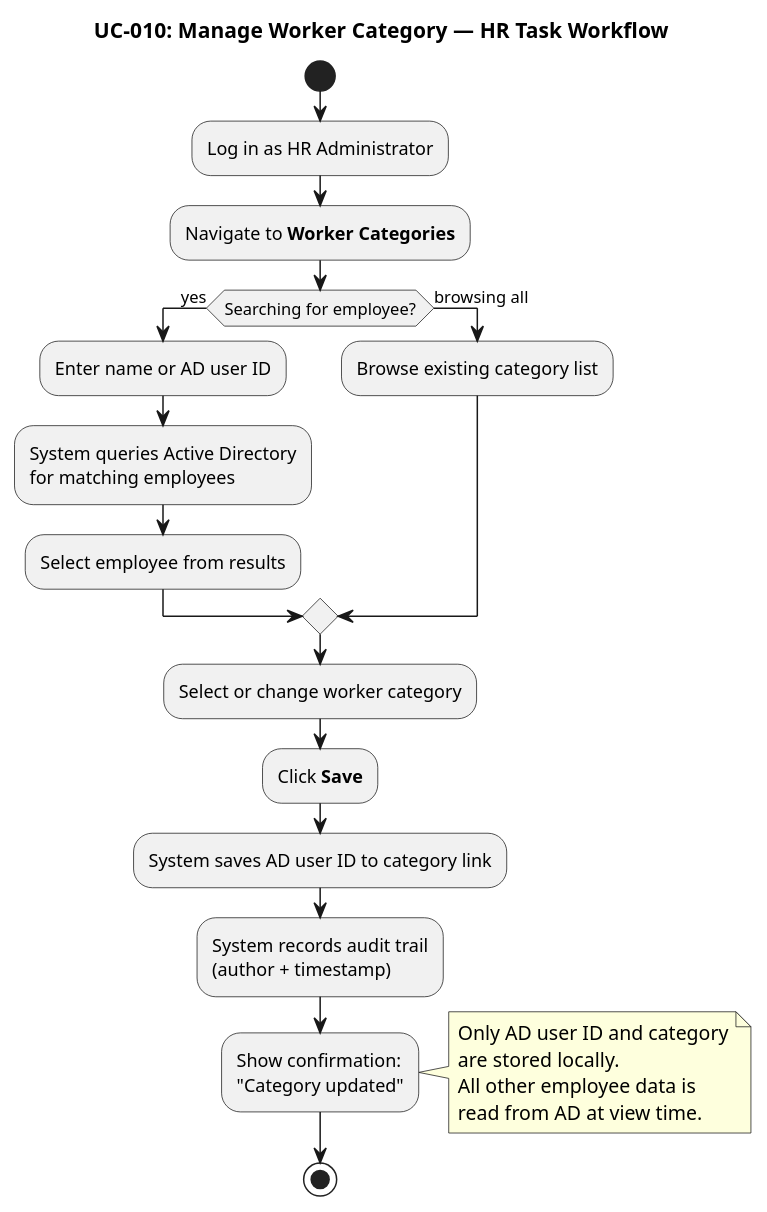
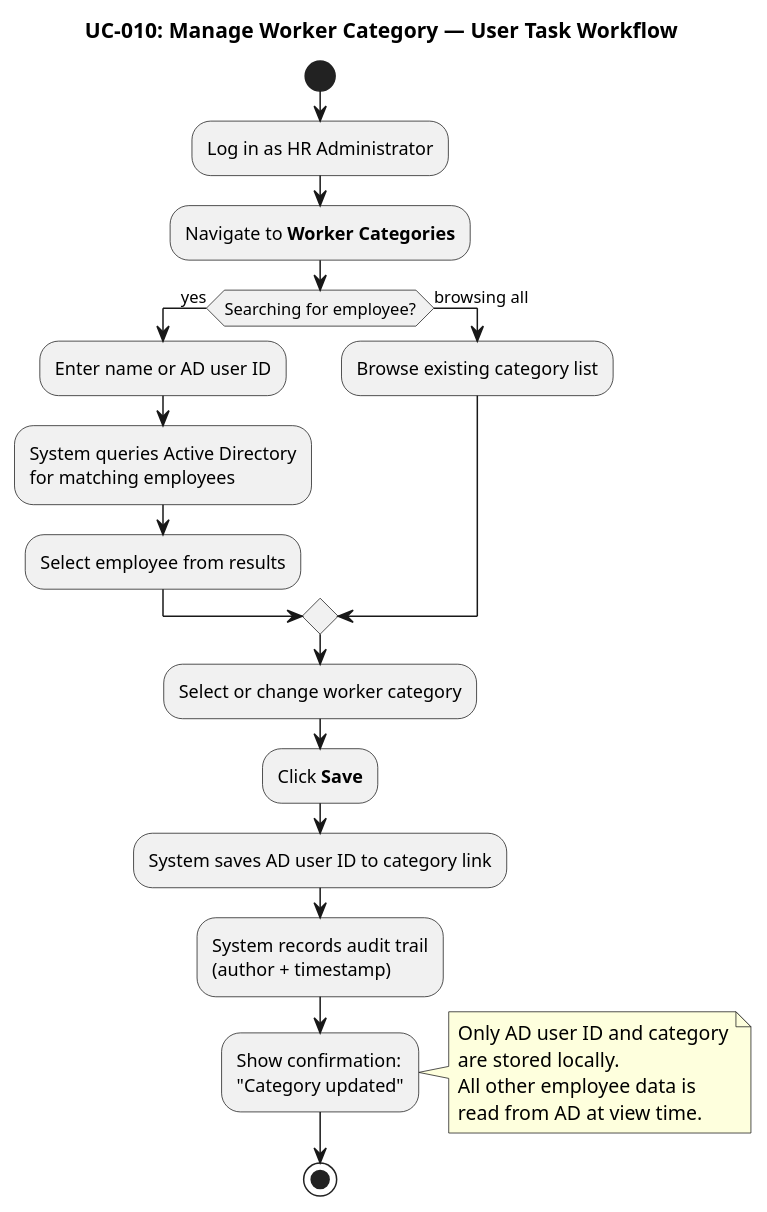
The tenth of 11 diagrams in docs/artifacts/deployment/user-documentation.md (banense-test/portal-cuba-corp), drawn with PlantUML before and after one commit. The commit also changed other lines of this file, not shown here.

First line of the commit message:
Technical Writer [C4]: upsert User Documentation

````diff
--- a/docs/artifacts/deployment/user-documentation.md
+++ b/docs/artifacts/deployment/user-documentation.md
@@ -473,36 +437,35 @@
 ```plantuml
 @startuml
-title UC-010: Manage Worker Category — HR Task Workflow
+title UC-010: Manage Worker Category — User Task Workflow
 
 skinparam activityStyle rounded
 
 start
 :Log in as HR Administrator;
 :Navigate to **Worker Categories**;
-
 if (Searching for employee?) then (yes)
   :Enter name or AD user ID;
   :System queries Active Directory\nfor matching employees;
   :Select employee from results;
 else (browsing all)
   :Browse existing category list;
 endif
 
 :Select or change worker category;
 :Click **Save**;
 
 :System saves AD user ID to category link;
 :System records audit trail\n(author + timestamp);
 :Show confirmation:\n"Category updated";
 
 note right
   Only AD user ID and category
   are stored locally.
   All other employee data is
   read from AD at view time.
 end note
 
 stop
 
 @enduml
 ```
````
